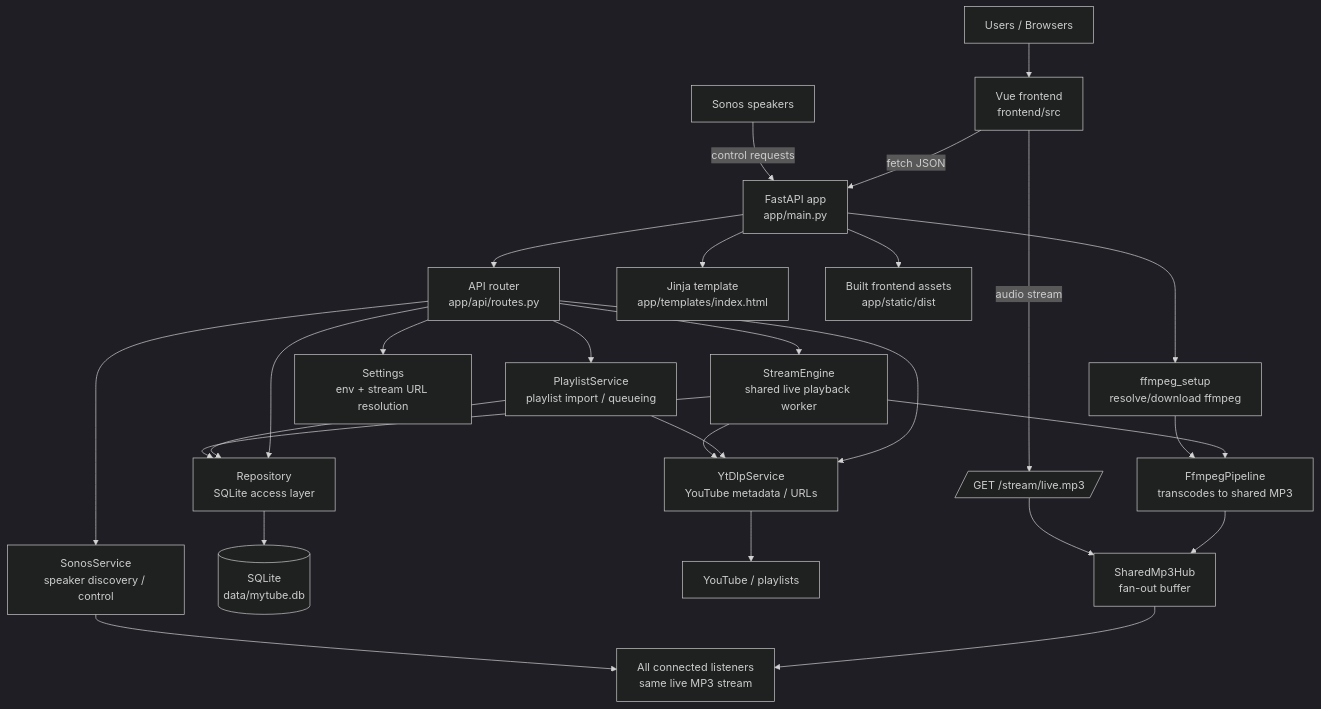
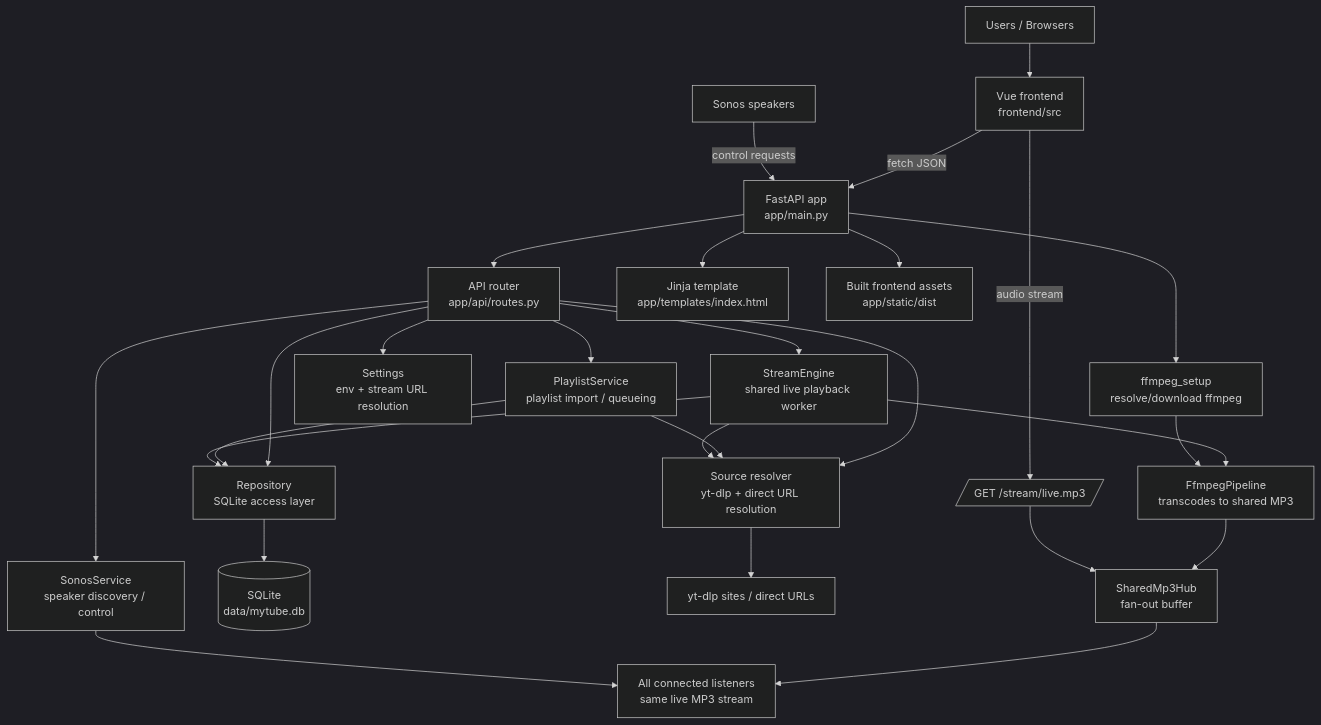
Before and after one commit to 76696265636f646572/AirWave: the diagram in README.md, drawn with Mermaid (dark theme). The commit also changed other lines of this file, not shown here.

First line of the commit message:
Update README.md to reflect expanded URL support and configuration options

````diff
--- a/README.md
+++ b/README.md
@@ -87,32 +97,32 @@
 ```mermaid
 flowchart TD
     U[Users / Browsers] --> V[Vue frontend<br/>frontend/src]
     V -->|fetch JSON| API[FastAPI app<br/>app/main.py]
     V -->|audio stream| STREAM[/GET /stream/live.mp3/]
     S[Sonos speakers] -->|control requests| API
     API --> ROUTES[API router<br/>app/api/routes.py]
     API --> TEMPLATES[Jinja template<br/>app/templates/index.html]
     API --> STATIC[Built frontend assets<br/>app/static/dist]
 
     ROUTES --> PLAYLIST[PlaylistService<br/>playlist import / queueing]
     ROUTES --> ENGINE[StreamEngine<br/>shared live playback worker]
     ROUTES --> SONOS[SonosService<br/>speaker discovery / control]
-    ROUTES --> YTDLP[YtDlpService<br/>YouTube metadata / URLs]
+    ROUTES --> RESOLVER[Source resolver<br/>yt-dlp + direct URL resolution]
     ROUTES --> REPO[Repository<br/>SQLite access layer]
     ROUTES --> SETTINGS[Settings<br/>env + stream URL resolution]
 
-    PLAYLIST --> YTDLP
+    PLAYLIST --> RESOLVER
     PLAYLIST --> REPO
     ENGINE --> REPO
-    ENGINE --> YTDLP
+    ENGINE --> RESOLVER
     ENGINE --> FFMPEG[FfmpegPipeline<br/>transcodes to shared MP3]
     API --> FSETUP[ffmpeg_setup<br/>resolve/download ffmpeg]
     FSETUP --> FFMPEG
 
     REPO --> DB[(SQLite<br/>data/mytube.db)]
-    YTDLP --> YTB[YouTube / playlists]
+    RESOLVER --> YTB[yt-dlp sites / direct URLs]
     FFMPEG --> HUB[SharedMp3Hub<br/>fan-out buffer]
     STREAM --> HUB
     HUB --> LISTENERS[All connected listeners<br/>same live MP3 stream]
     SONOS --> LISTENERS
 ```
````
